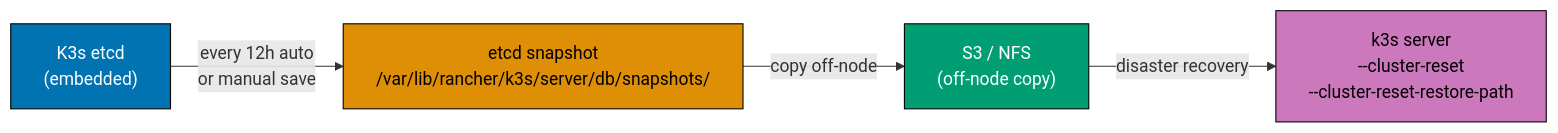
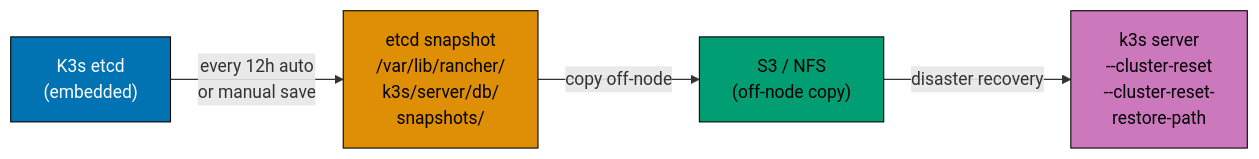
Before and after one commit to wahidyankf/ose-public: the ninth of 12 diagrams in apps/ayokoding-www/content/en/learn/legacy/software-engineering/infrastructure/tools/k3s/by-example/advanced.md, drawn with Mermaid. The commit also changed other lines of this file and 131 other files, not shown here.

First line of the commit message:
fix(mermaid): bring the legacy data, infrastructure, and testing diagrams onto the accessible palette

````diff
--- a/apps/ayokoding-www/content/en/learn/legacy/software-engineering/infrastructure/tools/k3s/by-example/advanced.md
+++ b/apps/ayokoding-www/content/en/learn/legacy/software-engineering/infrastructure/tools/k3s/by-example/advanced.md
@@ -1863,17 +1921,24 @@
 ```mermaid
 %% Color Palette: Blue #0173B2, Orange #DE8F05, Teal #029E73, Purple #CC78BC, Brown #CA9161
 graph LR
+    accTitle: Example 78: K3s Backup and Restore — etcd Snapshot
+    accDescr: Graph with 6 nodes and 5 connections. Nodes: K3s etcd (embedded), etcd snapshot /var/lib/rancher/ k3s/server/db/ snapshots/, S3 / NFS (off-node copy), RESTORE, cluster-reset, cluster-reset-. Connections: RESTORE to cluster-reset, cluster-reset to cluster-reset-, K3s etcd (embedded) to etcd snapshot /var/lib/rancher/ k3s/server/db/ snapshots/ (every 12h auto or manual save), etcd snapshot /var/lib/rancher/ k3s/server/db/ snapshots/ to S3 / NFS (off-node copy) (copy off-node), S3 / NFS (off-node copy) to RESTORE (disaster recovery).
     ETCD["K3s etcd<br/>(embedded)"]
-    SNAP["etcd snapshot<br/>/var/lib/rancher/k3s/server/db/snapshots/"]
+    SNAP["etcd snapshot<br/>/var/lib/rancher/<br/>k3s/server/db/<br/>snapshots/"]
     S3["S3 / NFS<br/>(off-node copy)"]
-    RESTORE["k3s server<br/>--cluster-reset<br/>--cluster-reset-restore-path"]
+    RESTORE["k3s server<br/>--cluster-reset<br/>--cluster-reset-<br/>restore-path"]
 
     ETCD -->|"every 12h auto<br/>or manual save"| SNAP
     SNAP -->|"copy off-node"| S3
     S3 -->|"disaster recovery"| RESTORE
 
-    style ETCD fill:#0173B2,stroke:#000,color:#fff
-    style SNAP fill:#DE8F05,stroke:#000,color:#000
-    style S3 fill:#029E73,stroke:#000,color:#fff
-    style RESTORE fill:#CC78BC,stroke:#000,color:#000
+    classDef pal-0173B2 fill:#0173B2,stroke:#000000,color:#FFFFFF
+    class ETCD pal-0173B2
+    classDef pal-DE8F05 fill:#DE8F05,stroke:#000000,color:#000000
+    class SNAP pal-DE8F05
+    classDef pal-029E73 fill:#029E73,stroke:#000000,color:#000000
+    class S3 pal-029E73
+    classDef pal-CC78BC fill:#CC78BC,stroke:#000000,color:#000000
+    class RESTORE pal-CC78BC
+    classDef default fill:#FFFFFF,stroke:#000000,color:#000000
 ```
````
